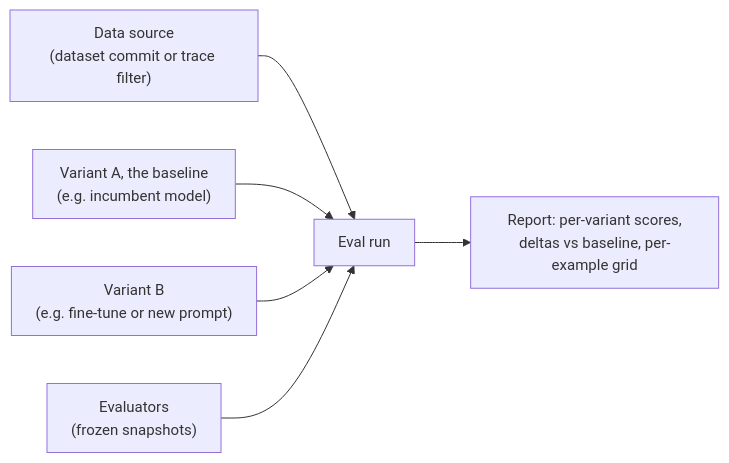
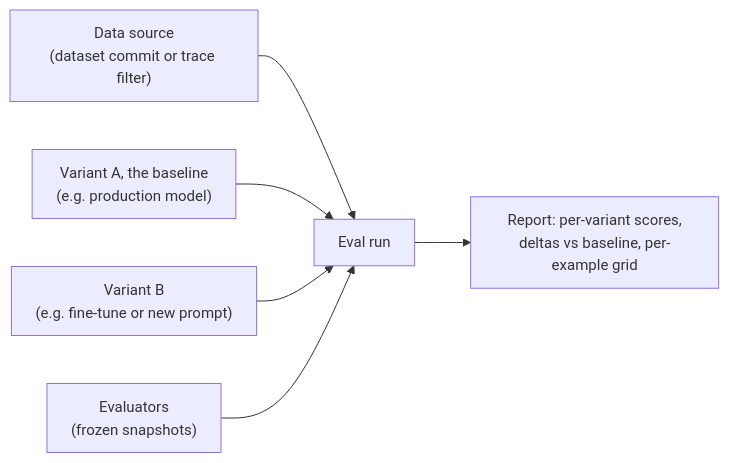
One commit to overmind-core/docs changed the diagram in agent-testing/eval.mdx. Above: the diagram before and after it, drawn with Mermaid. The commit also changed other lines of this file and 10 other files, not shown here.

````diff
--- a/agent-testing/eval.mdx
+++ b/agent-testing/eval.mdx
@@ -66,9 +66,9 @@
 ```mermaid
 %%{init: {"flowchart": {"nodeSpacing": 48, "rankSpacing": 56, "padding": 12, "curve": "basis"}, "themeVariables": {"fontSize": "15px", "fontFamily": "PP Neue Montreal, system-ui, sans-serif"}}}%%
 flowchart LR
     DS["Data source<br/>(dataset commit or trace filter)"] --> R[Eval run]
-    V1["Variant A, the baseline<br/>(e.g. incumbent model)"] --> R
+    V1["Variant A, the baseline<br/>(e.g. production model)"] --> R
     V2["Variant B<br/>(e.g. fine-tune or new prompt)"] --> R
     E["Evaluators<br/>(frozen snapshots)"] --> R
     R --> REP["Report: per-variant scores,<br/>deltas vs baseline, per-example grid"]
 ```
````
